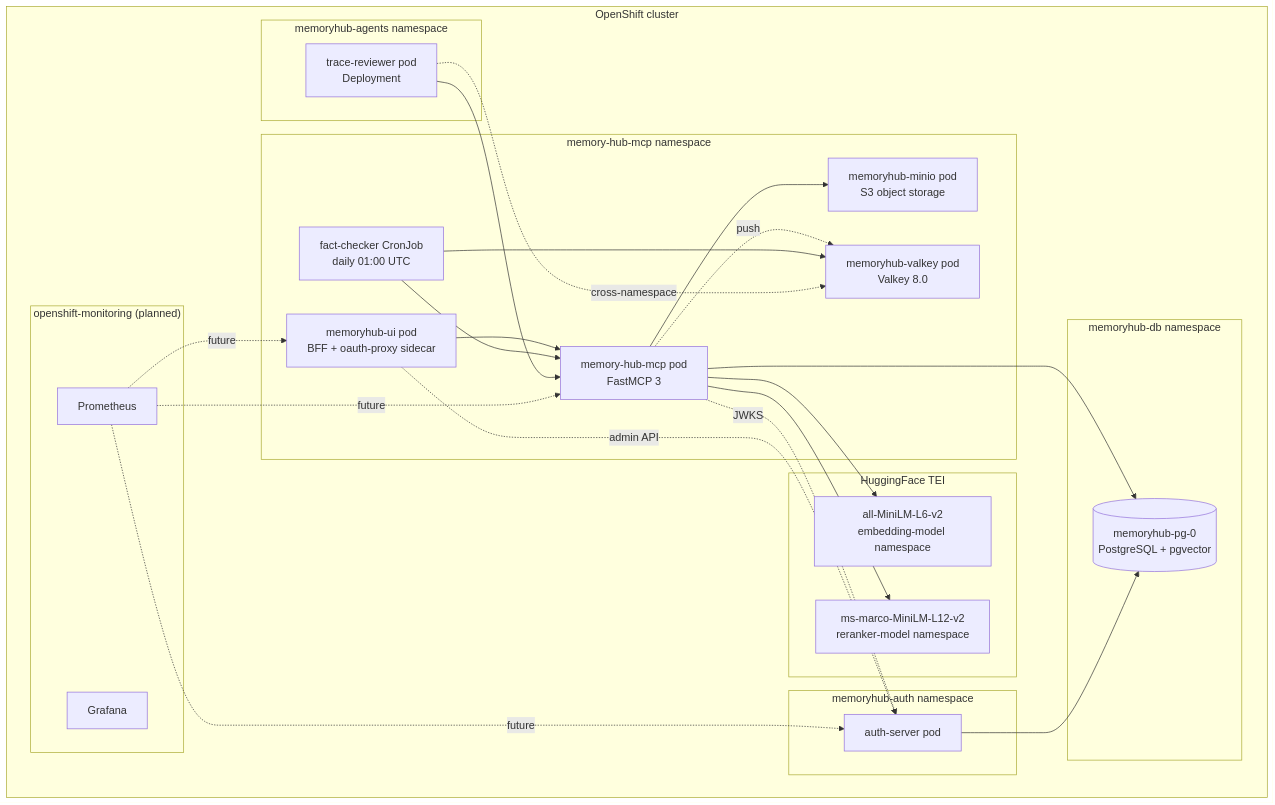
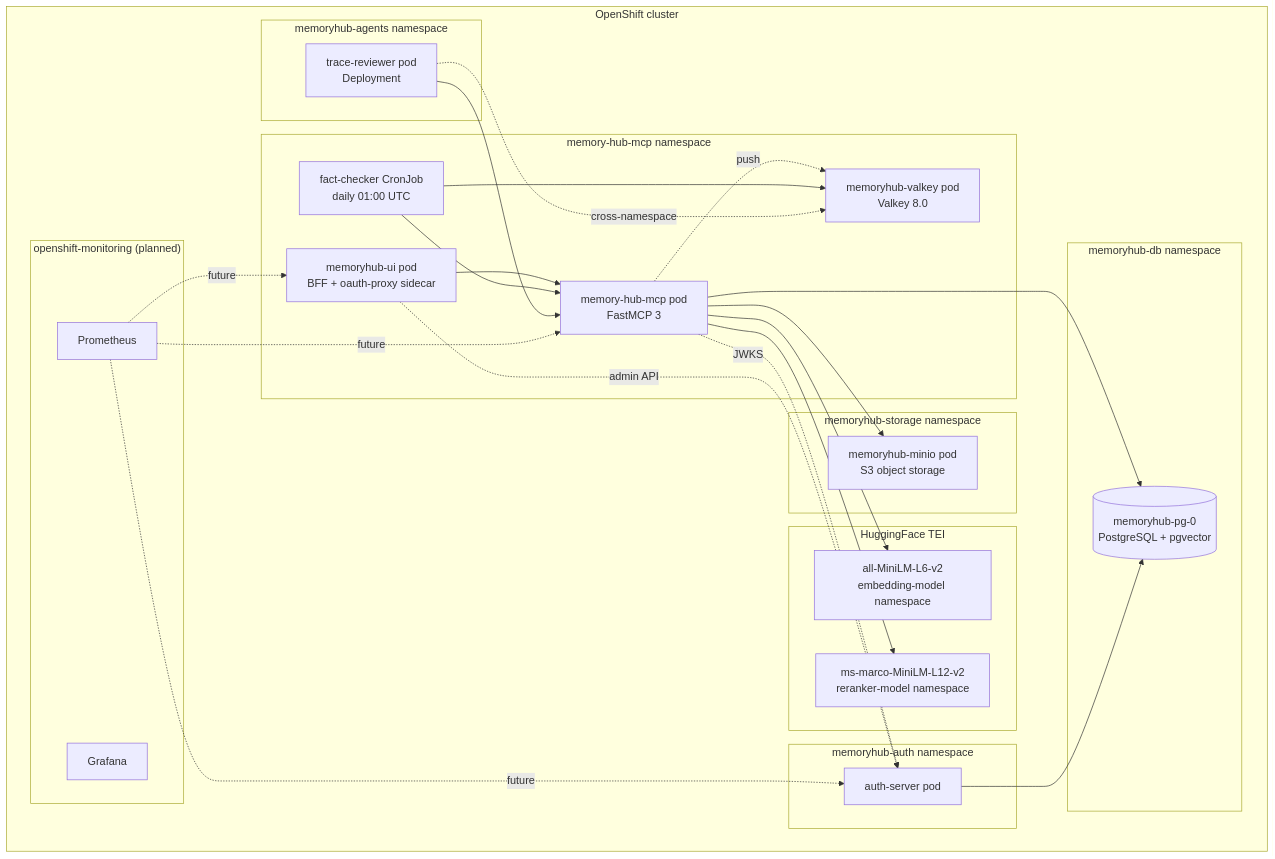
One commit to Hazey000/memory-hub changed the fifth of 5 diagrams in docs/ARCHITECTURE.md. Above: the diagram before and after it, drawn with Mermaid. The commit also changed other lines of this file and 14 other files, not shown here.

First line of the commit message:
infra: Move MinIO to dedicated memoryhub-storage namespace (#395) (#519)

````diff
--- a/docs/ARCHITECTURE.md
+++ b/docs/ARCHITECTURE.md
@@ -242,51 +242,54 @@
 ```mermaid
 graph TB
     subgraph "OpenShift cluster"
         subgraph "memory-hub-mcp namespace"
             MCP_POD[memory-hub-mcp pod<br/>FastMCP 3]
             UI_POD[memoryhub-ui pod<br/>BFF + oauth-proxy sidecar]
             VK_POD[memoryhub-valkey pod<br/>Valkey 8.0]
+            FC_JOB[fact-checker CronJob<br/>daily 01:00 UTC]
+        end
+
+        subgraph "memoryhub-storage namespace"
             MINIO_POD[memoryhub-minio pod<br/>S3 object storage]
-            FC_JOB[fact-checker CronJob<br/>daily 01:00 UTC]
         end
 
         subgraph "memoryhub-agents namespace"
             TR_POD[trace-reviewer pod<br/>Deployment]
         end
 
         subgraph "memoryhub-auth namespace"
             AUTH_POD[auth-server pod]
         end
 
         subgraph "memoryhub-db namespace"
             PG_POD[(memoryhub-pg-0<br/>PostgreSQL + pgvector)]
         end
 
         subgraph "HuggingFace TEI"
             EMB[all-MiniLM-L6-v2<br/>embedding-model namespace]
             RR[ms-marco-MiniLM-L12-v2<br/>reranker-model namespace]
         end
 
         subgraph "openshift-monitoring (planned)"
             PROM[Prometheus]
             GRAF[Grafana]
         end
     end
 
     MCP_POD --> PG_POD
     MCP_POD --> MINIO_POD
     MCP_POD --> EMB
     MCP_POD --> RR
     MCP_POD -. JWKS .-> AUTH_POD
     MCP_POD -. push .-> VK_POD
     UI_POD --> MCP_POD
     UI_POD -. admin API .-> AUTH_POD
     AUTH_POD --> PG_POD
 
     FC_JOB --> MCP_POD
     FC_JOB --> VK_POD
     TR_POD --> MCP_POD
     TR_POD -. cross-namespace .-> VK_POD
 
     PROM -. future .-> MCP_POD & UI_POD & AUTH_POD
 ```
````
